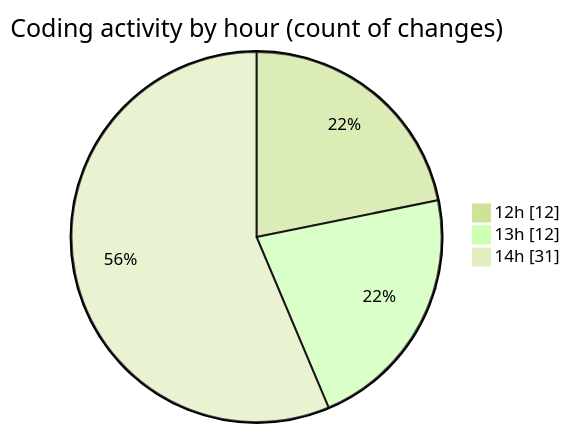
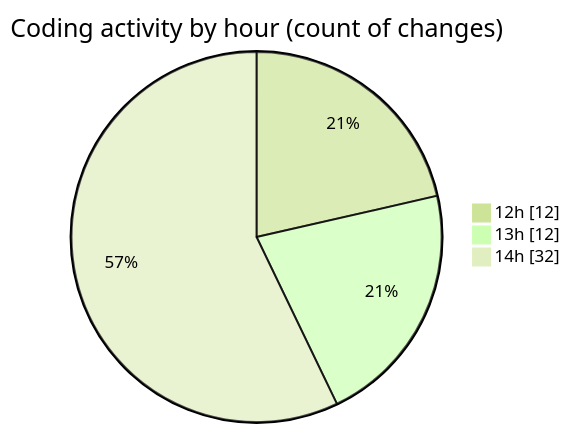
One commit to momahboobian/code-tracking changed the second of 2 diagrams in 2025-09-24/cda/README.md. Above: the diagram before and after it, drawn with Mermaid (forest theme). The commit also changed other lines of this file and 1 other file, not shown here.

````diff
--- a/2025-09-24/cda/README.md
+++ b/2025-09-24/cda/README.md
@@ -37,7 +37,7 @@
 ```mermaid
 pie showData
 title Coding activity by hour (count of changes)
 "12h" : 12
 "13h" : 12
-"14h" : 31
+"14h" : 32
 ```
````
